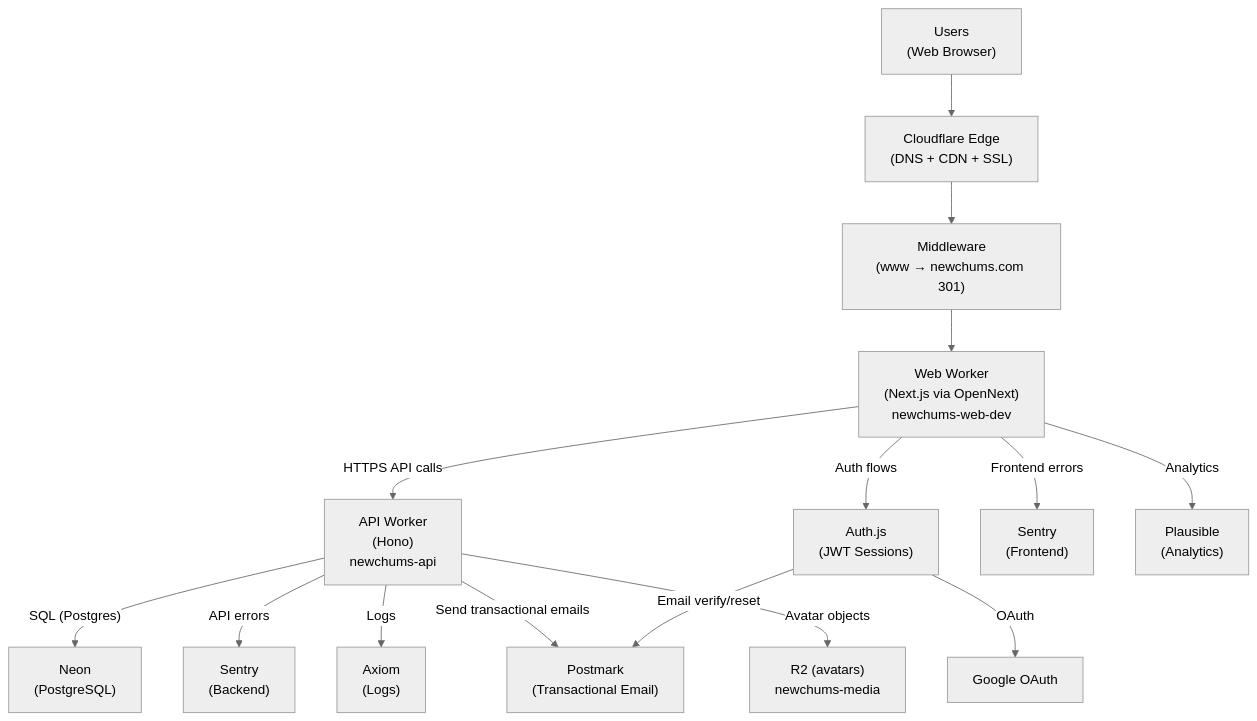
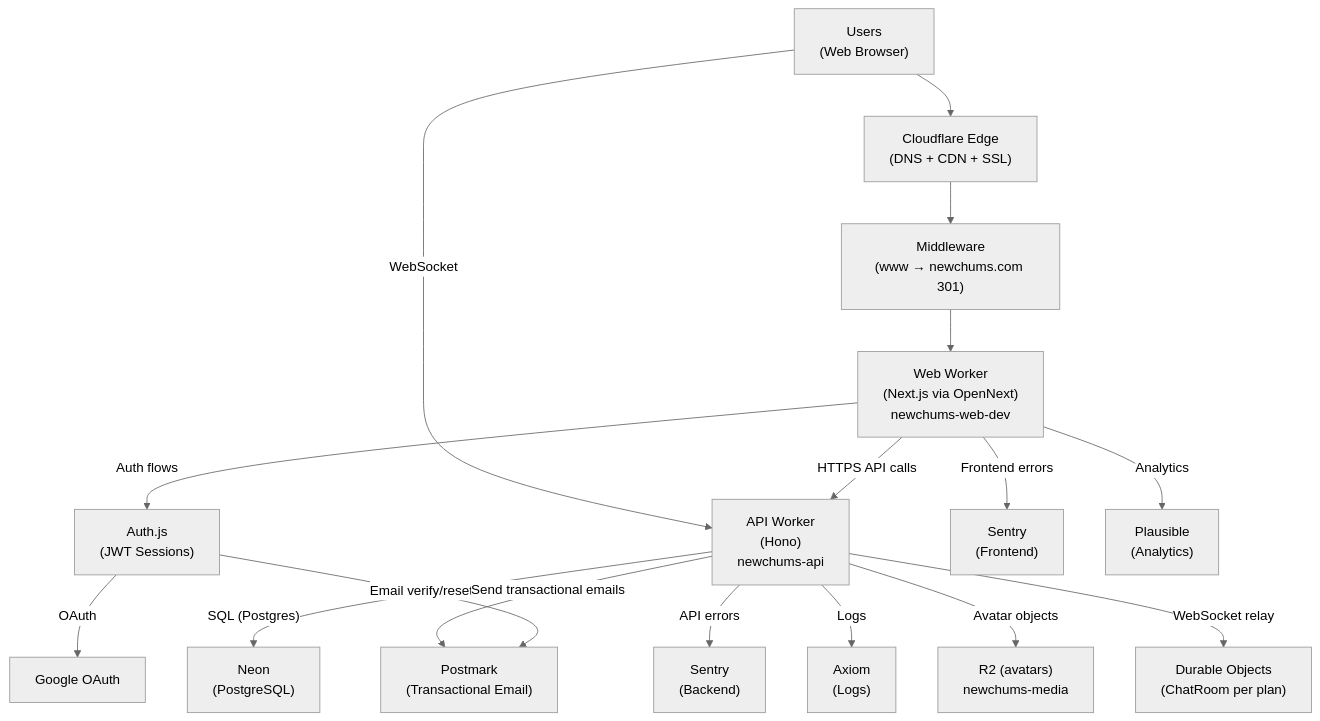
One commit to RSS705/newchums changed the first of 4 diagrams in docs/System_Map.md. Above: the diagram before and after it, drawn with Mermaid (neutral theme). The commit also changed other lines of this file and 4 other files, not shown here.

````diff
--- a/docs/System_Map.md
+++ b/docs/System_Map.md
@@ -26,21 +27,23 @@
 ```mermaid
 flowchart TB
   U["Users<br/>(Web Browser)"] --> CF["Cloudflare Edge<br/>(DNS + CDN + SSL)"]
   CF --> MW["Middleware<br/>(www → newchums.com 301)"]
   MW --> W["Web Worker<br/>(Next.js via OpenNext)<br/>newchums-web-dev"]
 
   W -->|"HTTPS API calls"| API["API Worker<br/>(Hono)<br/>newchums-api"]
   API -->|"SQL (Postgres)"| DB["Neon<br/>(PostgreSQL)"]
 
   W -->|"Auth flows"| AUTH["Auth.js<br/>(JWT Sessions)"]
   AUTH -->|"OAuth"| GOOGLE["Google OAuth"]
   AUTH -->|"Email verify/reset"| PM["Postmark<br/>(Transactional Email)"]
   API -->|"Send transactional emails"| PM
 
   W -->|"Frontend errors"| SENTRY_FE["Sentry<br/>(Frontend)"]
   API -->|"API errors"| SENTRY_BE["Sentry<br/>(Backend)"]
   API -->|"Logs"| AX["Axiom<br/>(Logs)"]
   W -->|"Analytics"| PLAUS["Plausible<br/>(Analytics)"]
 
   API -->|"Avatar objects"| R2["R2 (avatars)<br/>newchums-media"]
+  API -->|"WebSocket relay"| DO["Durable Objects<br/>(ChatRoom per plan)"]
+  U -->|"WebSocket"| API
 ```
````
